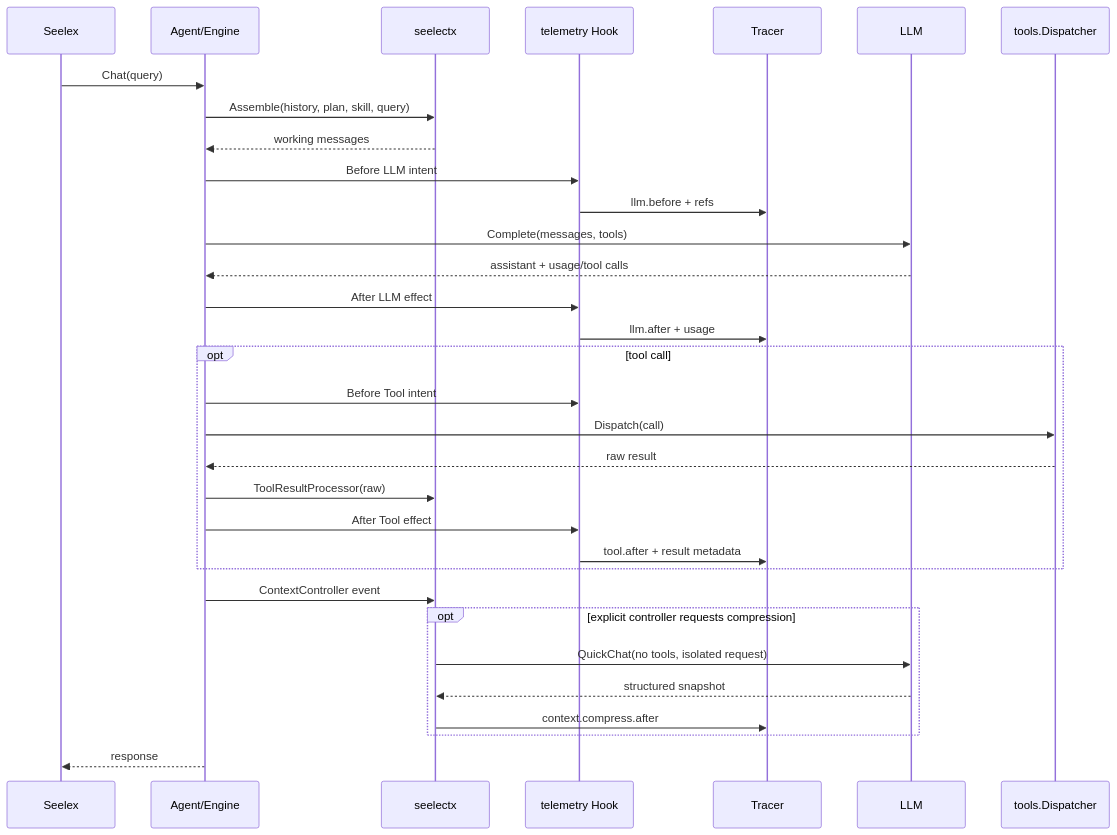
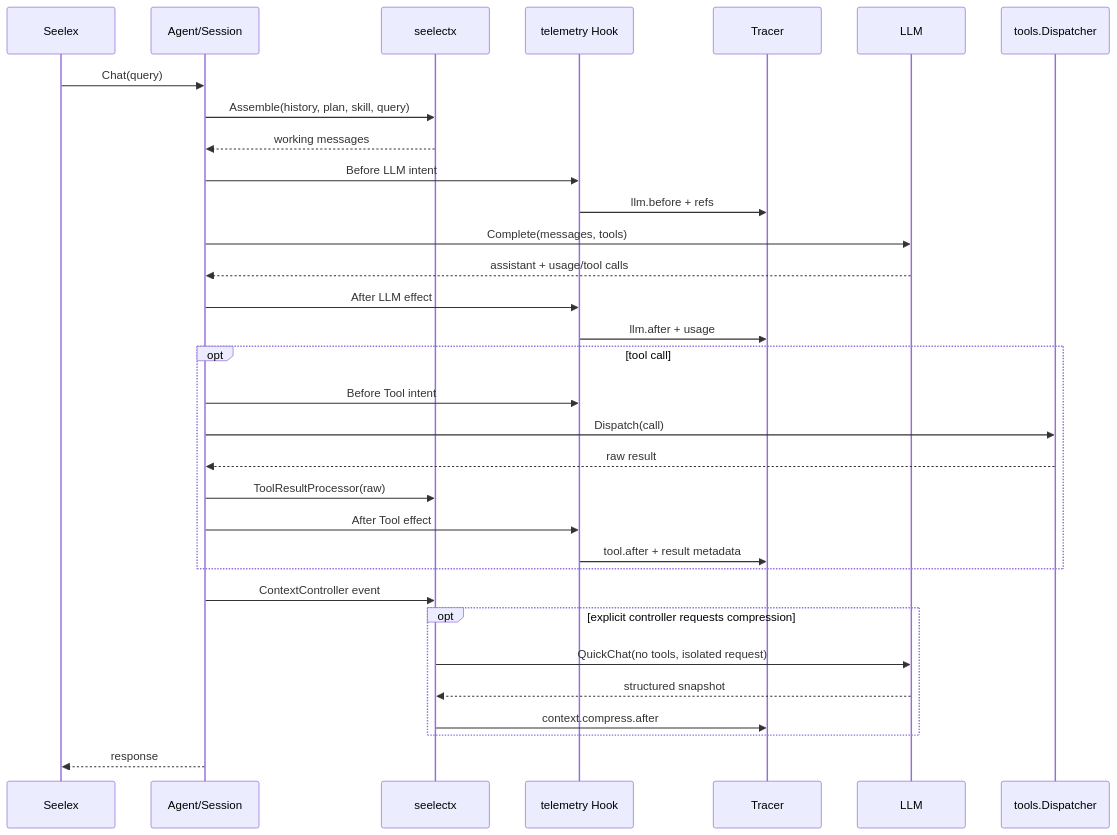
Before and after one commit to RedHuang-0622/Seele: the diagram in docs/arch/10-seele-extension-contracts.md, drawn with Mermaid. The commit also changed other lines of this file and 44 other files, not shown here.

First line of the commit message:
refactor session lifecycle and remove engine package

````diff
--- a/docs/arch/10-seele-extension-contracts.md
+++ b/docs/arch/10-seele-extension-contracts.md
@@ -131,35 +151,35 @@
 ```mermaid
 sequenceDiagram
     participant S as Seelex
-    participant A as Agent/Engine
+    participant A as Agent/Session
     participant C as seelectx
     participant H as telemetry Hook
     participant T as Tracer
     participant L as LLM
     participant F as tools.Dispatcher
 
     S->>A: Chat(query)
     A->>C: Assemble(history, plan, skill, query)
     C-->>A: working messages
     A->>H: Before LLM intent
     H->>T: llm.before + refs
     A->>L: Complete(messages, tools)
     L-->>A: assistant + usage/tool calls
     A->>H: After LLM effect
     H->>T: llm.after + usage
     opt tool call
         A->>H: Before Tool intent
         A->>F: Dispatch(call)
         F-->>A: raw result
         A->>C: ToolResultProcessor(raw)
         A->>H: After Tool effect
         H->>T: tool.after + result metadata
     end
     A->>C: ContextController event
     opt explicit controller requests compression
         C->>L: QuickChat(no tools, isolated request)
         L-->>C: structured snapshot
         C->>T: context.compress.after
     end
     A-->>S: response
 ```
````
